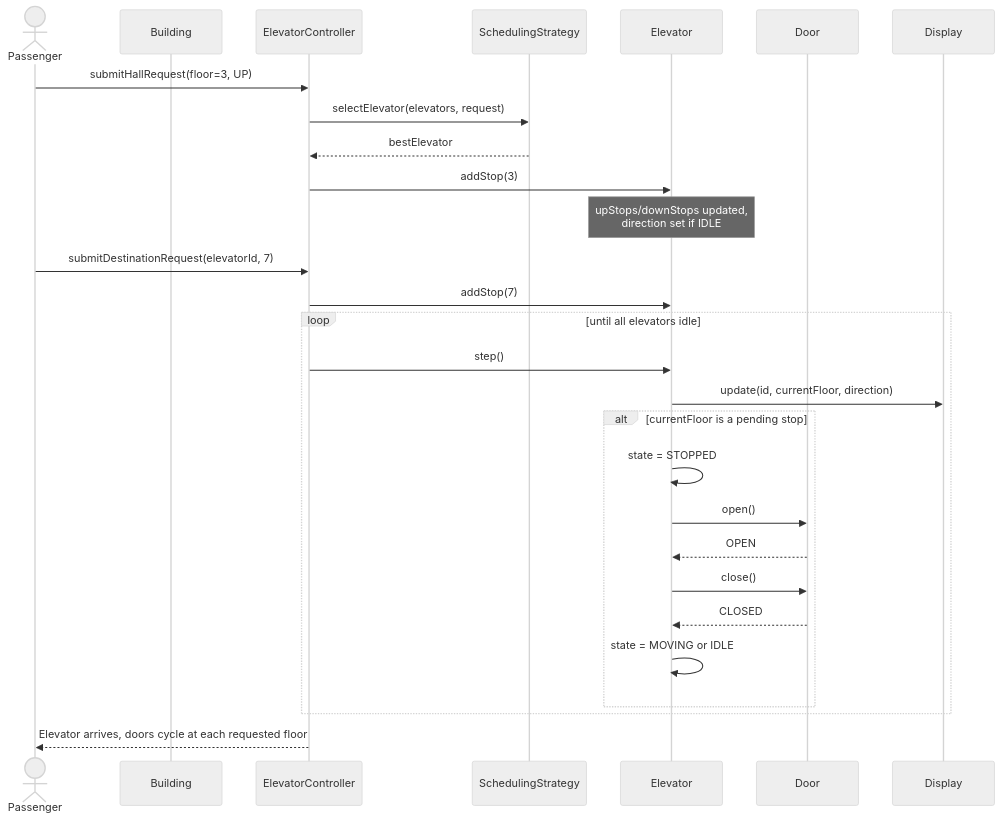
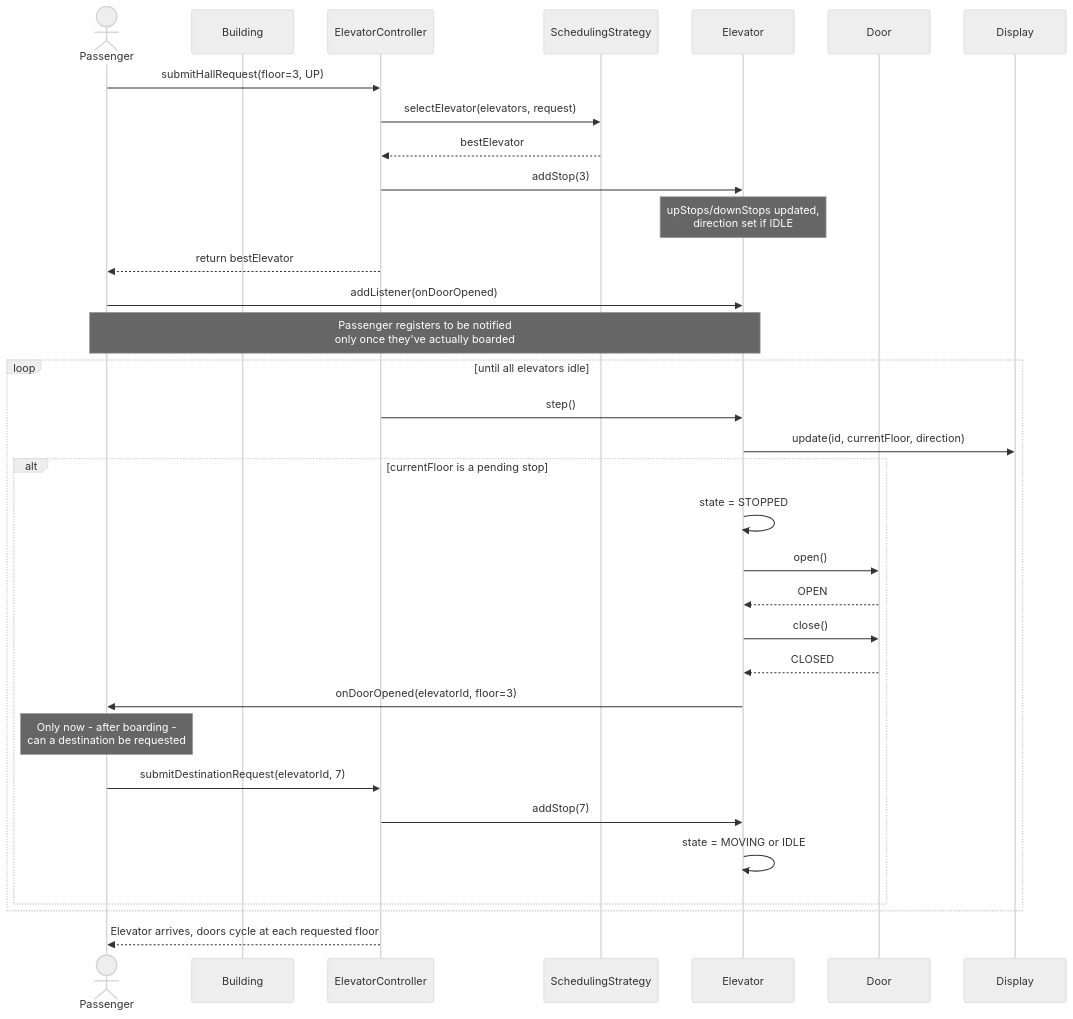
The third of 4 diagrams in src/com/lowleveldesign/elevator/README.md (ABHIJEET-MUNESHWAR/LowLevelDesign), drawn with Mermaid (neutral theme) before and after one commit. The commit also changed other lines of this file and 8 other files, not shown here.

````diff
--- a/src/com/lowleveldesign/elevator/README.md
+++ b/src/com/lowleveldesign/elevator/README.md
@@ -298,34 +328,38 @@
 ```mermaid
 sequenceDiagram
     actor P as Passenger
     participant B as Building
     participant EC as ElevatorController
     participant SS as SchedulingStrategy
     participant E as Elevator
     participant D as Door
     participant Disp as Display
 
     P->>EC: submitHallRequest(floor=3, UP)
     EC->>SS: selectElevator(elevators, request)
     SS-->>EC: bestElevator
     EC->>E: addStop(3)
     Note over E: upStops/downStops updated,<br/>direction set if IDLE
-
-    P->>EC: submitDestinationRequest(elevatorId, 7)
-    EC->>E: addStop(7)
+    EC-->>P: return bestElevator
+    P->>E: addListener(onDoorOpened)
+    Note over P,E: Passenger registers to be notified<br/>only once they've actually boarded
 
     loop until all elevators idle
         EC->>E: step()
         E->>Disp: update(id, currentFloor, direction)
         alt currentFloor is a pending stop
             E->>E: state = STOPPED
             E->>D: open()
             D-->>E: OPEN
             E->>D: close()
             D-->>E: CLOSED
+            E->>P: onDoorOpened(elevatorId, floor=3)
+            Note over P: Only now - after boarding -<br/>can a destination be requested
+            P->>EC: submitDestinationRequest(elevatorId, 7)
+            EC->>E: addStop(7)
             E->>E: state = MOVING or IDLE
         end
     end
 
     EC-->>P: Elevator arrives, doors cycle at each requested floor
 ```
````
